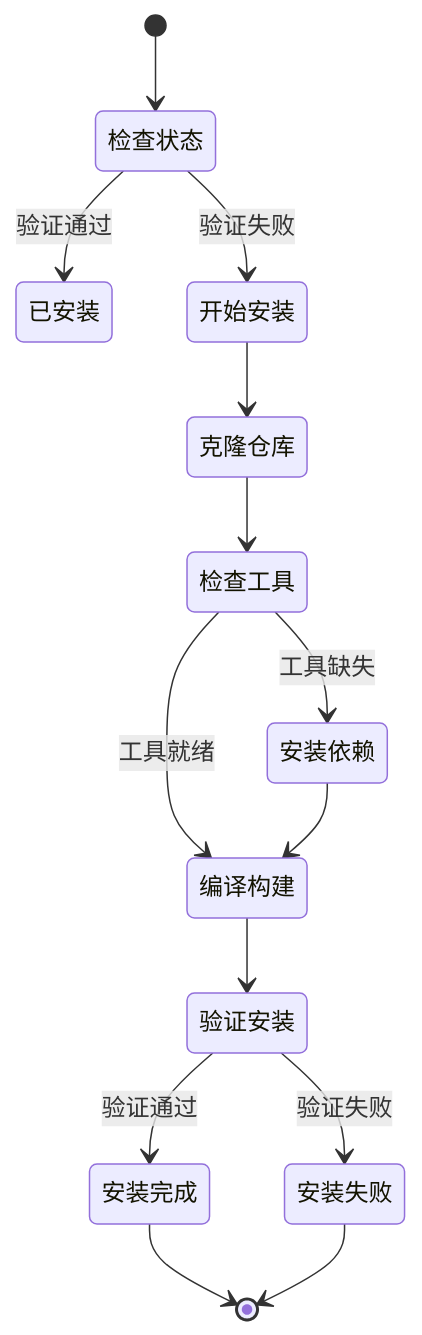
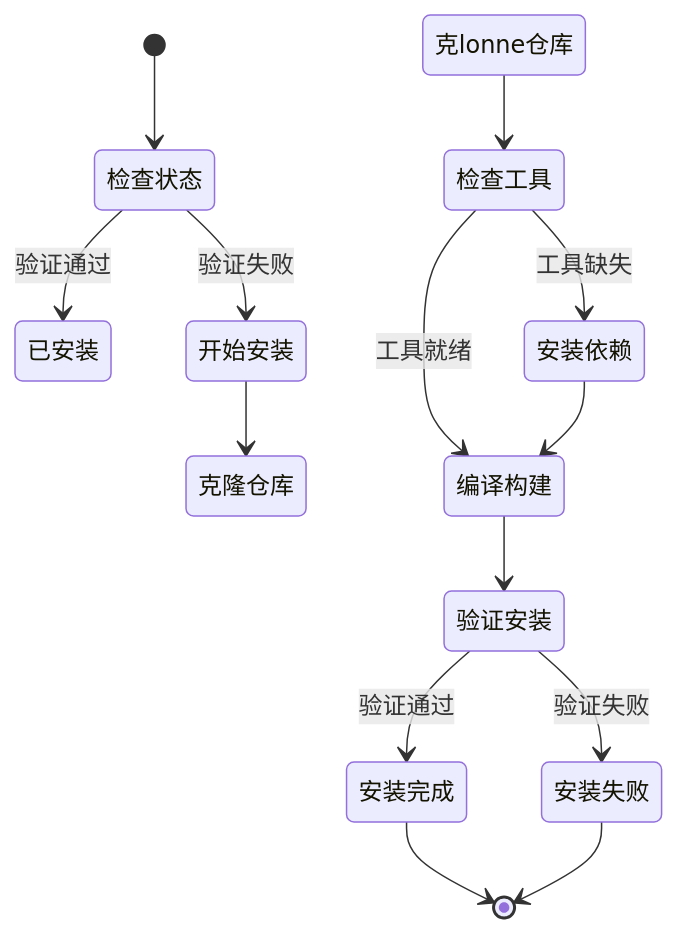
One commit to clawbotai/memo-flow changed the fourth of 8 diagrams in .qoder/repowiki/zh/content/Whisper Configuration.md. Above: the diagram before and after it, drawn with Mermaid. The commit also changed other lines of this file and 18 other files, not shown here.

````diff
--- a/.qoder/repowiki/zh/content/Whisper Configuration.md
+++ b/.qoder/repowiki/zh/content/Whisper Configuration.md
@@ -180,16 +207,16 @@
 ```mermaid
 stateDiagram-v2
 [*] --> 检查状态
 检查状态 --> 已安装 : 验证通过
 检查状态 --> 开始安装 : 验证失败
 开始安装 --> 克隆仓库
-克隆仓库 --> 检查工具
+克lonne仓库 --> 检查工具
 检查工具 --> 安装依赖 : 工具缺失
 检查工具 --> 编译构建 : 工具就绪
 安装依赖 --> 编译构建
 编译构建 --> 验证安装
 验证安装 --> 安装完成 : 验证通过
 验证安装 --> 安装失败 : 验证失败
 安装完成 --> [*]
 安装失败 --> [*]
 ```
````
